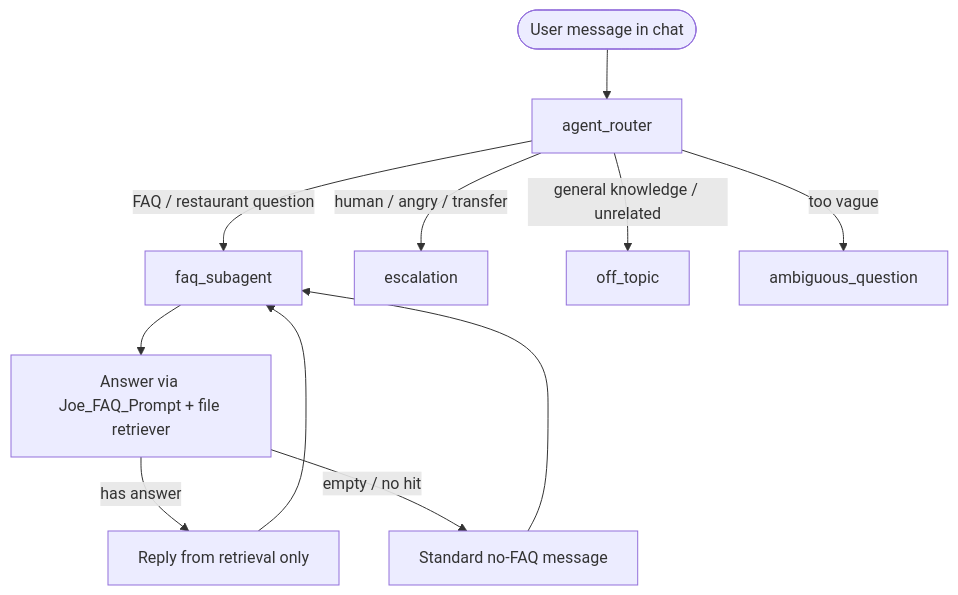
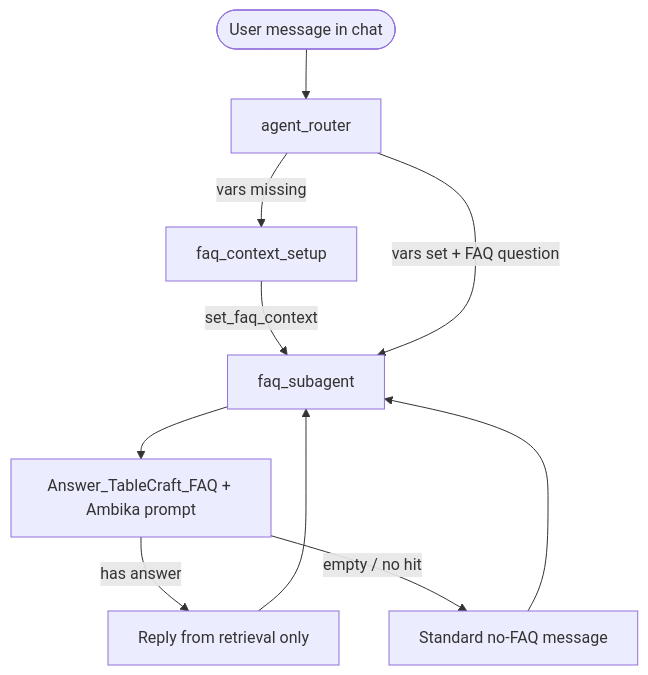
The diagram in docs/ambika-faq-subagent-flow.md (ambika-tiwari-999/my-agentforce-project), drawn with Mermaid before and after one commit. The commit also changed other lines of this file and 222 other files, not shown here.

````diff
--- a/docs/ambika-faq-subagent-flow.md
+++ b/docs/ambika-faq-subagent-flow.md
@@ -54,13 +54,12 @@
 ```mermaid
 flowchart TD
   Start([User message in chat]) --> Router[agent_router]
-  Router -->|FAQ / restaurant question| FAQ[faq_subagent]
-  Router -->|human / angry / transfer| Esc[escalation]
-  Router -->|general knowledge / unrelated| Off[off_topic]
-  Router -->|too vague| Amb[ambiguous_question]
-  FAQ --> Action[Answer via Joe_FAQ_Prompt + file retriever]
+  Router -->|vars missing| Setup[faq_context_setup]
+  Setup -->|set_faq_context| FAQ[faq_subagent]
+  Router -->|vars set + FAQ question| FAQ
+  FAQ --> Action[Answer_TableCraft_FAQ + Ambika prompt]
   Action -->|has answer| Reply[Reply from retrieval only]
   Action -->|empty / no hit| Refuse[Standard no-FAQ message]
   Reply --> FAQ
   Refuse --> FAQ
 ```
````
